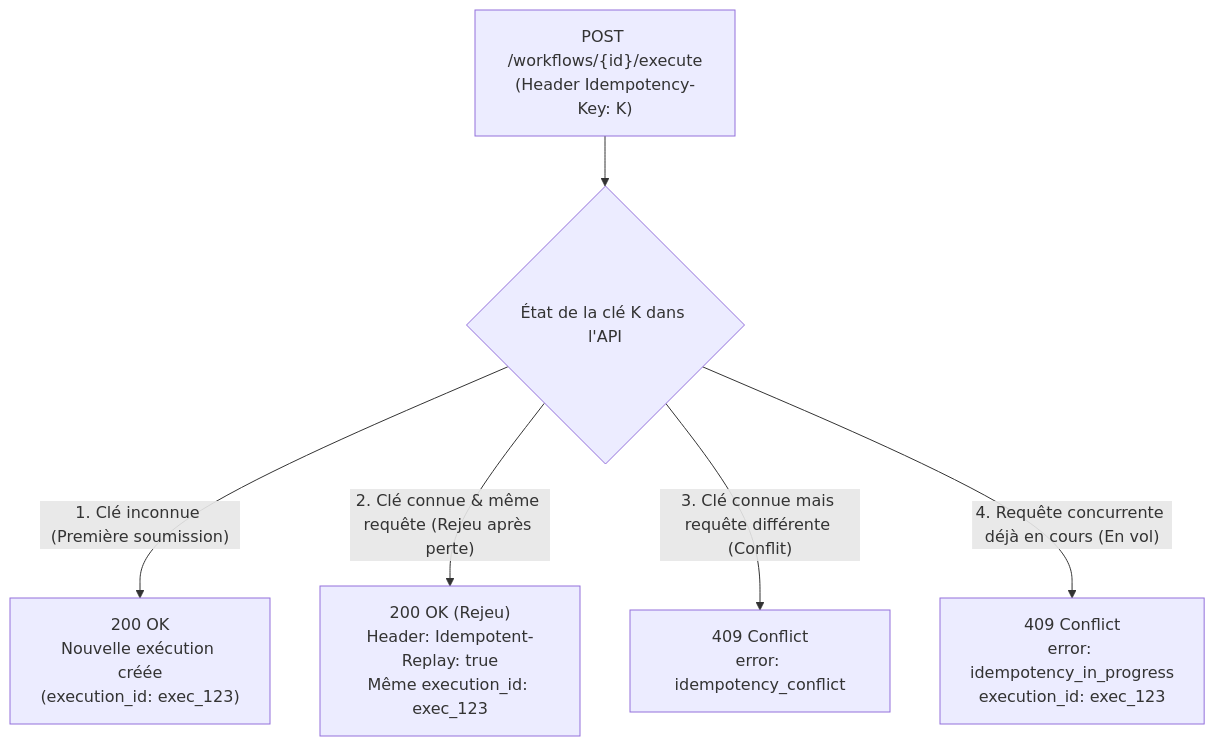
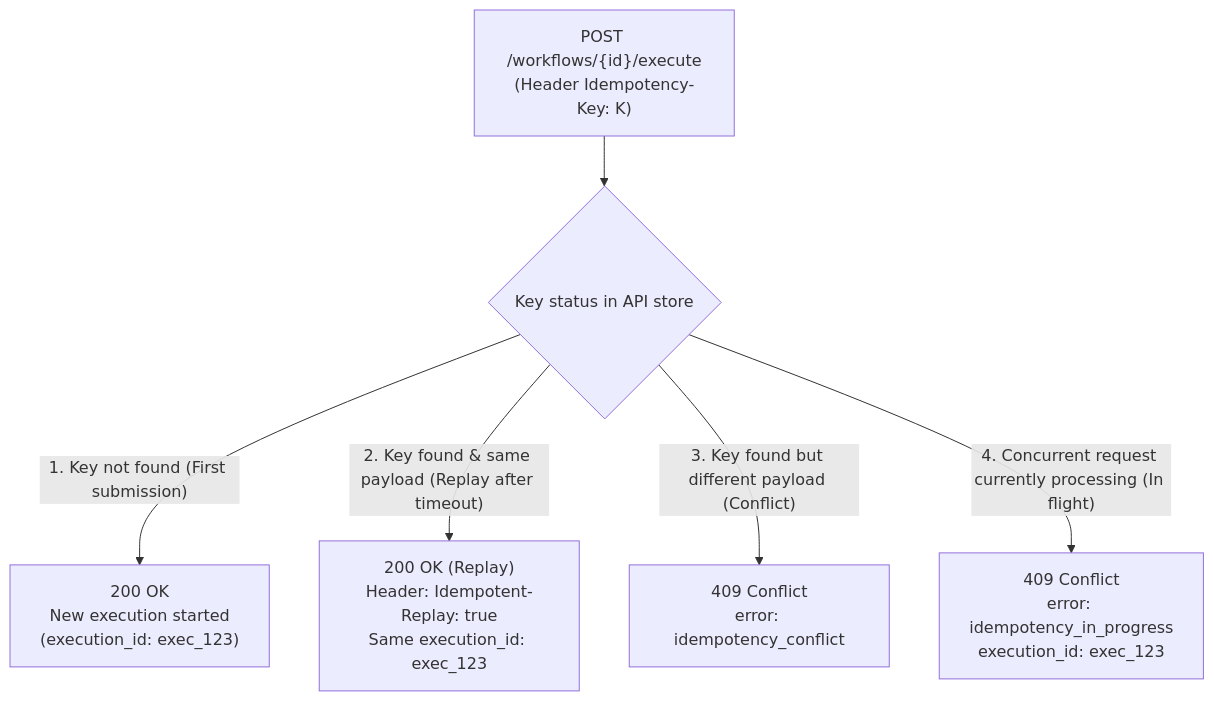
Before and after one commit to betagouv/document-ia: the diagram in document-ia-api/docs/WORKFLOW_IDEMPOTENCY_KEY.md, drawn with Mermaid. The commit also changed other lines of this file, not shown here.

Commit message:
docs(api): translate WORKFLOW_IDEMPOTENCY_KEY.md to English to match repo conventions

````diff
--- a/document-ia-api/docs/WORKFLOW_IDEMPOTENCY_KEY.md
+++ b/document-ia-api/docs/WORKFLOW_IDEMPOTENCY_KEY.md
@@ -84,9 +84,9 @@
 ```mermaid
 flowchart TD
-    REQ["POST /workflows/{id}/execute<br/>(Header Idempotency-Key: K)"] --> CHK{"État de la clé K dans l'API"}
+    REQ["POST /workflows/{id}/execute<br/>(Header Idempotency-Key: K)"] --> CHK{"Key status in API store"}
 
-    CHK -- "1. Clé inconnue (Première soumission)" --> R200["200 OK<br/>Nouvelle exécution créée<br/>(execution_id: exec_123)"]
-    CHK -- "2. Clé connue & même requête (Rejeu après perte)" --> R200Replay["200 OK (Rejeu)<br/>Header: Idempotent-Replay: true<br/>Même execution_id: exec_123"]
-    CHK -- "3. Clé connue mais requête différente (Conflit)" --> R409Diff["409 Conflict<br/>error: idempotency_conflict"]
-    CHK -- "4. Requête concurrente déjà en cours (En vol)" --> R409Prog["409 Conflict<br/>error: idempotency_in_progress<br/>execution_id: exec_123"]
+    CHK -- "1. Key not found (First submission)" --> R200["200 OK<br/>New execution started<br/>(execution_id: exec_123)"]
+    CHK -- "2. Key found & same payload (Replay after timeout)" --> R200Replay["200 OK (Replay)<br/>Header: Idempotent-Replay: true<br/>Same execution_id: exec_123"]
+    CHK -- "3. Key found but different payload (Conflict)" --> R409Diff["409 Conflict<br/>error: idempotency_conflict"]
+    CHK -- "4. Concurrent request currently processing (In flight)" --> R409Prog["409 Conflict<br/>error: idempotency_in_progress<br/>execution_id: exec_123"]
 ```
````
